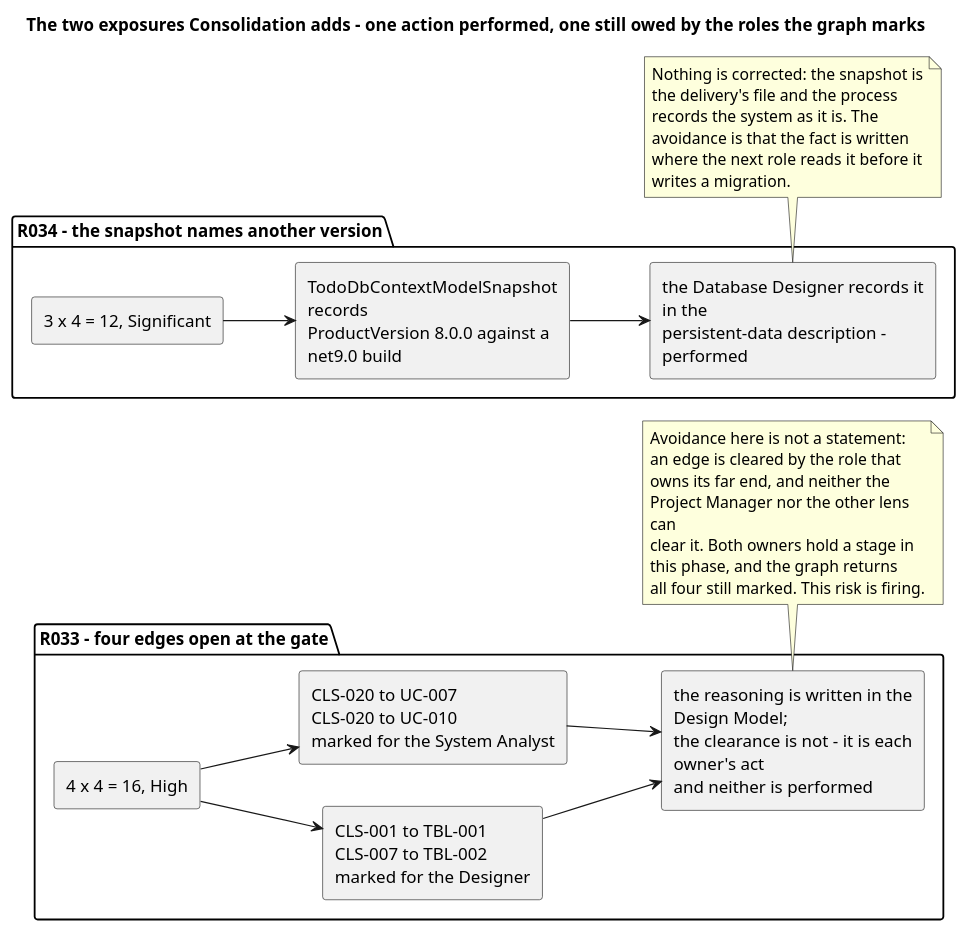
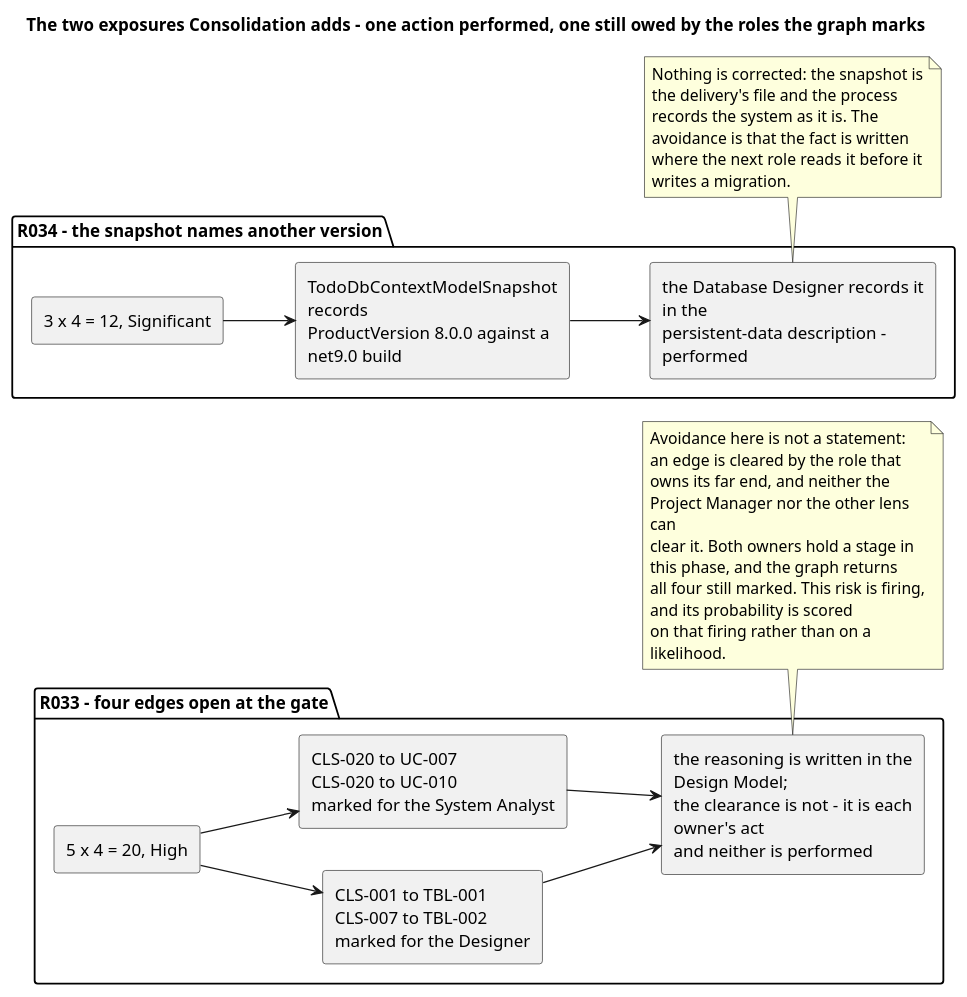
One commit to banense-test/TodoApp changed the third of 3 diagrams in docs/artifacts/project-management/risk-list.md. Above: the diagram before and after it, drawn with PlantUML. The commit also changed other lines of this file, not shown here.

Commit message:
Project Manager [Consolidation2]: upsert Risk List
[skip ci]

````diff
--- a/docs/artifacts/project-management/risk-list.md
+++ b/docs/artifacts/project-management/risk-list.md
@@ -277,41 +279,42 @@
 ```plantuml
 @startuml
 title The two exposures Consolidation adds - one action performed, one still owed by the roles the graph marks
 skinparam shadowing false
 skinparam componentStyle rectangle
 skinparam wrapWidth 230
 left to right direction
 
 package "R033 - four edges open at the gate" {
-  component "4 x 4 = 16, High" as R33
+  component "5 x 4 = 20, High" as R33
   component "CLS-001 to TBL-001\nCLS-007 to TBL-002\nmarked for the Designer" as R33A
   component "CLS-020 to UC-007\nCLS-020 to UC-010\nmarked for the System Analyst" as R33B
   component "the reasoning is written in the Design Model;\nthe clearance is not - it is each owner's act\nand neither is performed" as R33C
 }
 package "R034 - the snapshot names another version" {
   component "3 x 4 = 12, Significant" as R34
   component "TodoDbContextModelSnapshot records\nProductVersion 8.0.0 against a net9.0 build" as R34A
   component "the Database Designer records it in the\npersistent-data description - performed" as R34B
 }
 
 R33 --> R33A
 R33 --> R33B
 R33A --> R33C
 R33B --> R33C
 R34 --> R34A
 R34A --> R34B
 
 note bottom of R33C
   Avoidance here is not a statement: an edge is cleared by the role that
   owns its far end, and neither the Project Manager nor the other lens can
   clear it. Both owners hold a stage in this phase, and the graph returns
-  all four still marked. This risk is firing.
+  all four still marked. This risk is firing, and its probability is scored
+  on that firing rather than on a likelihood.
 end note
 note bottom of R34B
   Nothing is corrected: the snapshot is the delivery's file and the process
   records the system as it is. The avoidance is that the fact is written
   where the next role reads it before it writes a migration.
 end note
 
 @enduml
 ```
````
